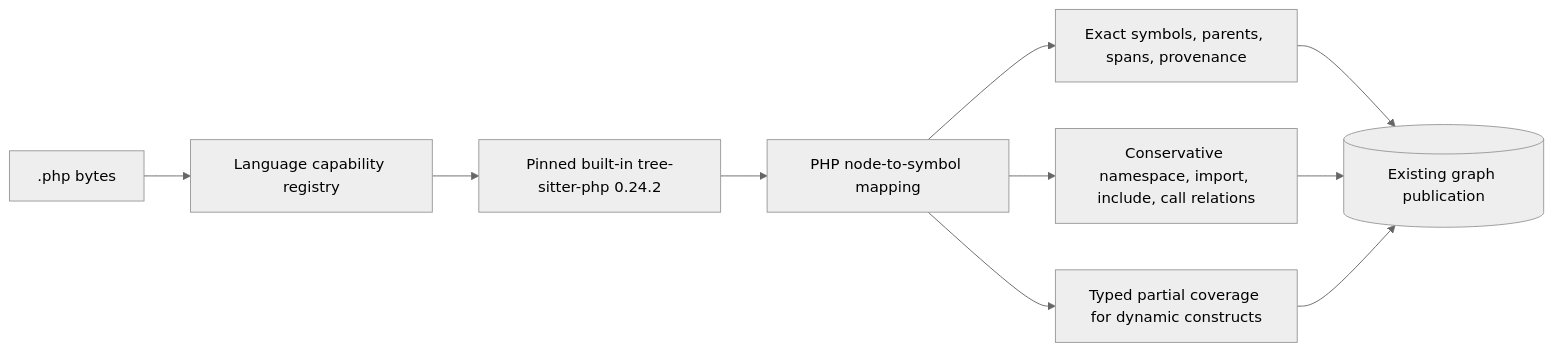
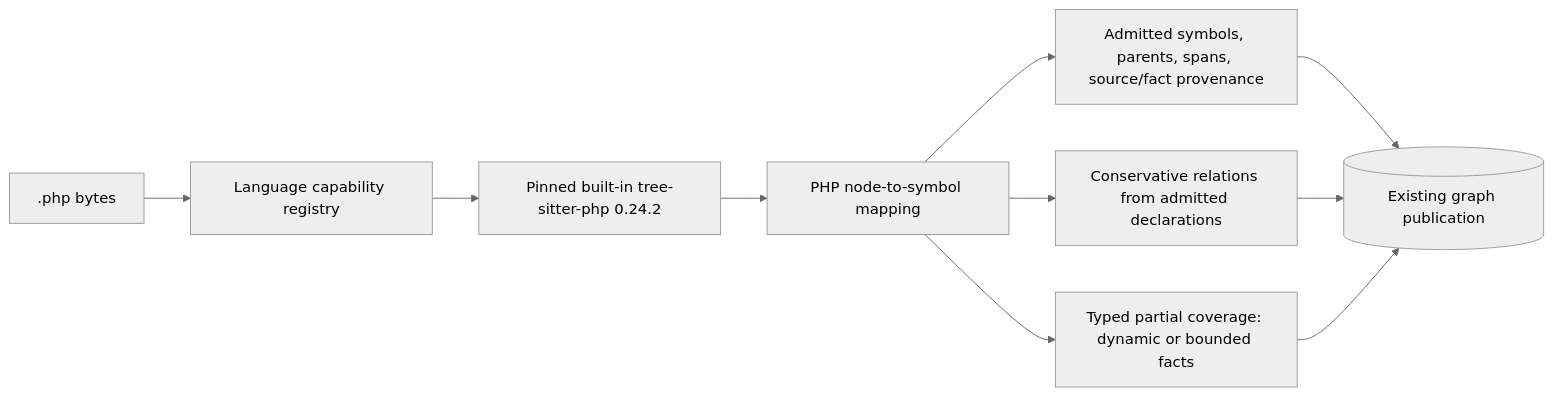
Diagram 14 of 28 in docs/v050-release-architecture.md (styler-ai/ProjectAtlas), drawn with Mermaid (neutral theme) before and after one commit. The commit also changed other lines of this file and 1 other file, not shown here.

Commit message:
fix(symbols): stop PHP facts at compiler halt (#477)

````diff
--- a/docs/v050-release-architecture.md
+++ b/docs/v050-release-architecture.md
@@ -237,12 +241,12 @@
 ```mermaid
 flowchart LR
     php[.php bytes] --> registry[Language capability registry]
     registry --> grammar[Pinned built-in tree-sitter-php 0.24.2]
     grammar --> mapping[PHP node-to-symbol mapping]
-    mapping --> exact[Exact symbols, parents, spans, provenance]
-    mapping --> relations[Conservative namespace, import, include, call relations]
-    mapping --> dynamic[Typed partial coverage for dynamic constructs]
+    mapping --> exact[Admitted symbols, parents, spans, source/fact provenance]
+    mapping --> relations[Conservative relations from admitted declarations]
+    mapping --> dynamic[Typed partial coverage: dynamic or bounded facts]
     exact --> published_graph[(Existing graph publication)]
     relations --> published_graph
     dynamic --> published_graph
 ```
````
